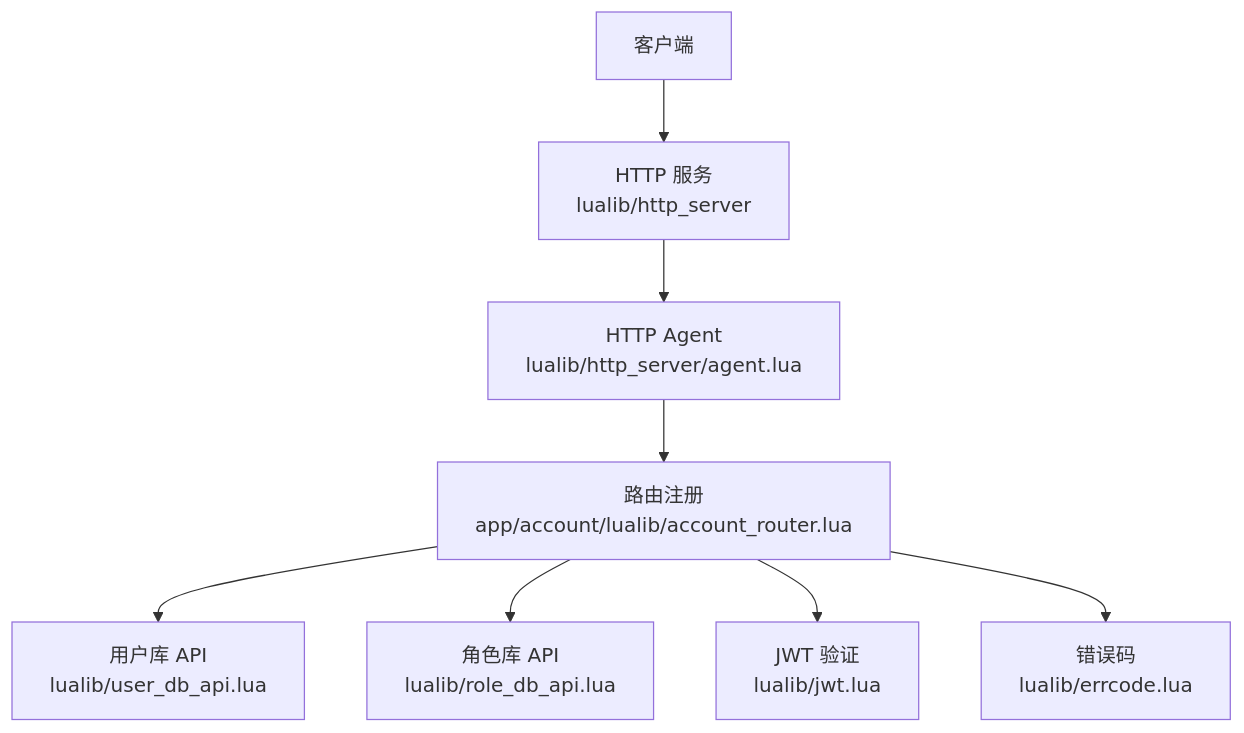
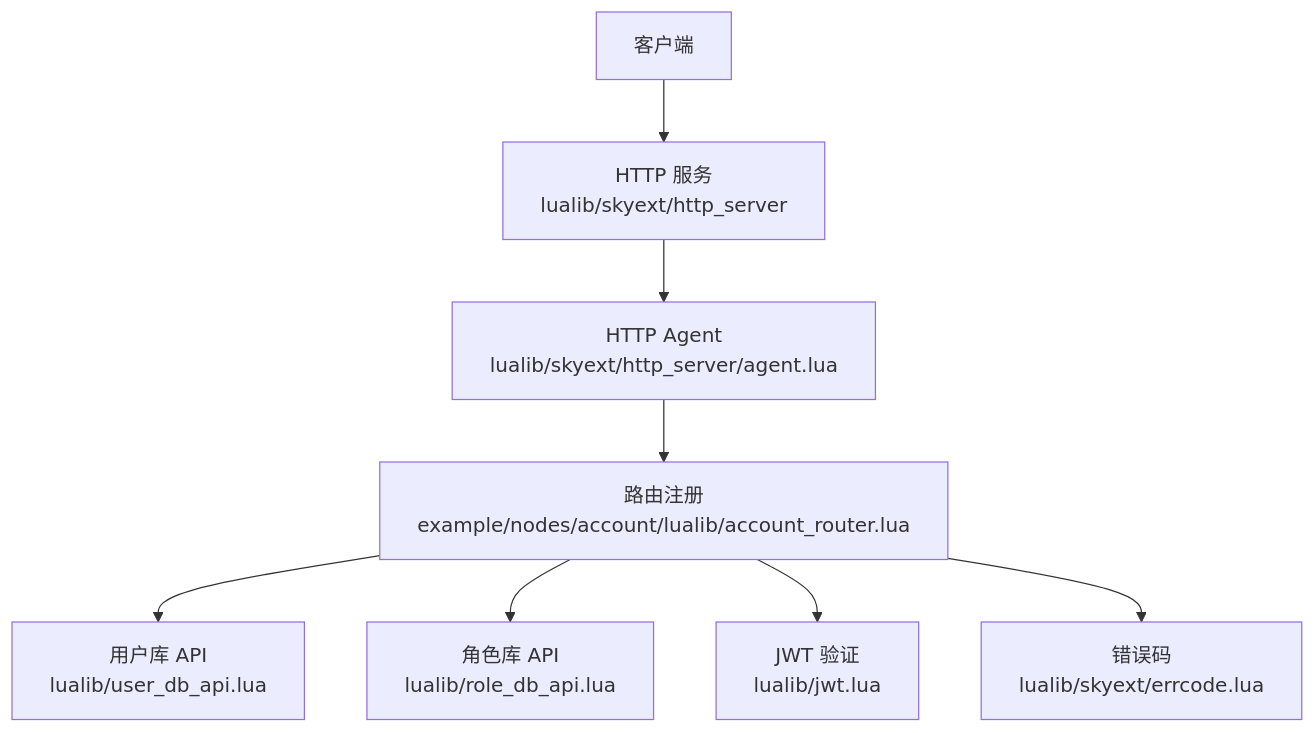
Before and after one commit to hanxi/skyext: the first of 3 diagrams in docs/repowiki/zh/content/API 参考/HTTP API.md, drawn with Mermaid. The commit also changed other lines of this file and 117 other files, not shown here.

````diff
--- a/docs/repowiki/zh/content/API 参考/HTTP API.md
+++ b/docs/repowiki/zh/content/API 参考/HTTP API.md
@@ -39,10 +39,10 @@
 ```mermaid
 graph TB
-Client["客户端"] --> HTTP["HTTP 服务<br/>lualib/http_server"]
-HTTP --> Agent["HTTP Agent<br/>lualib/http_server/agent.lua"]
-Agent --> Router["路由注册<br/>app/account/lualib/account_router.lua"]
+Client["客户端"] --> HTTP["HTTP 服务<br/>lualib/skyext/http_server"]
+HTTP --> Agent["HTTP Agent<br/>lualib/skyext/http_server/agent.lua"]
+Agent --> Router["路由注册<br/>example/nodes/account/lualib/account_router.lua"]
 Router --> DB_User["用户库 API<br/>lualib/user_db_api.lua"]
 Router --> DB_Role["角色库 API<br/>lualib/role_db_api.lua"]
 Router --> JWT["JWT 验证<br/>lualib/jwt.lua"]
-Router --> Err["错误码<br/>lualib/errcode.lua"]
+Router --> Err["错误码<br/>lualib/skyext/errcode.lua"]
 ```
````
